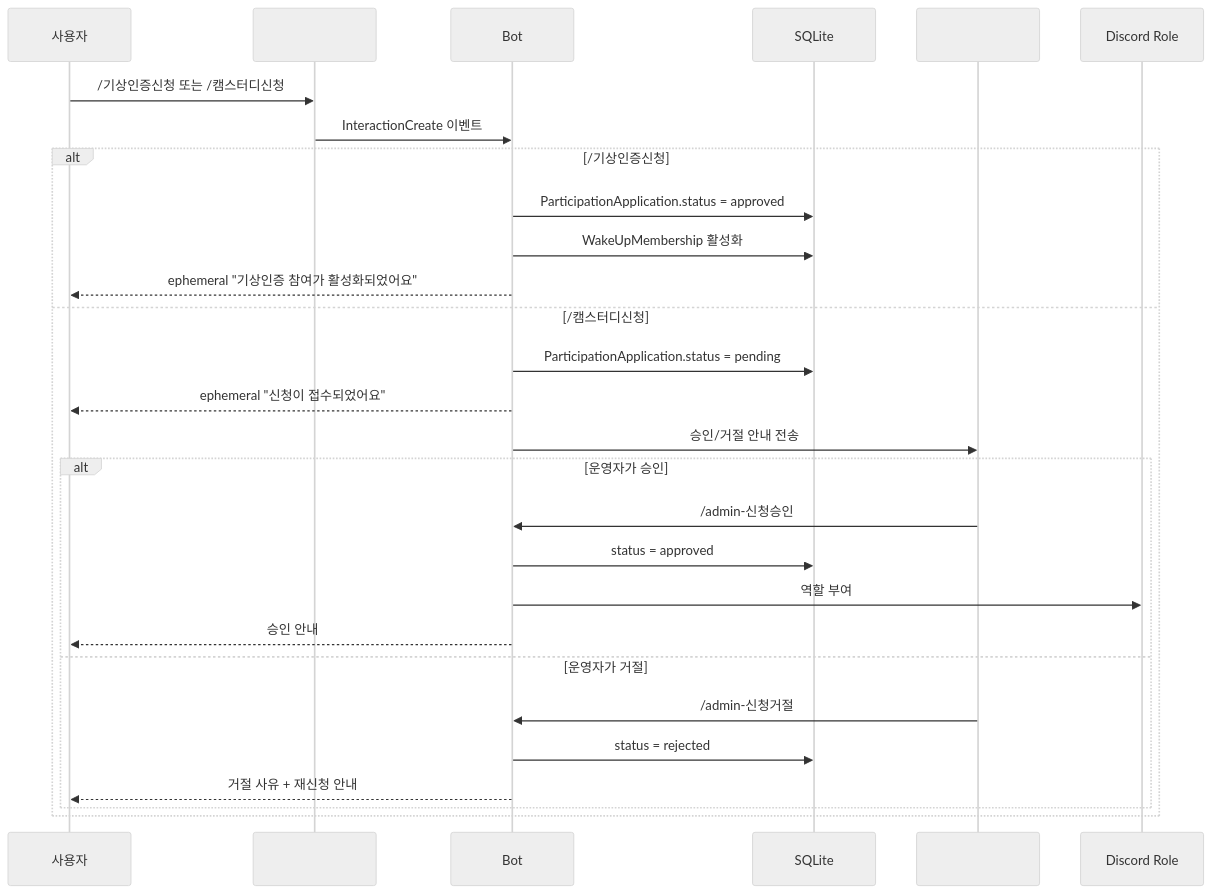
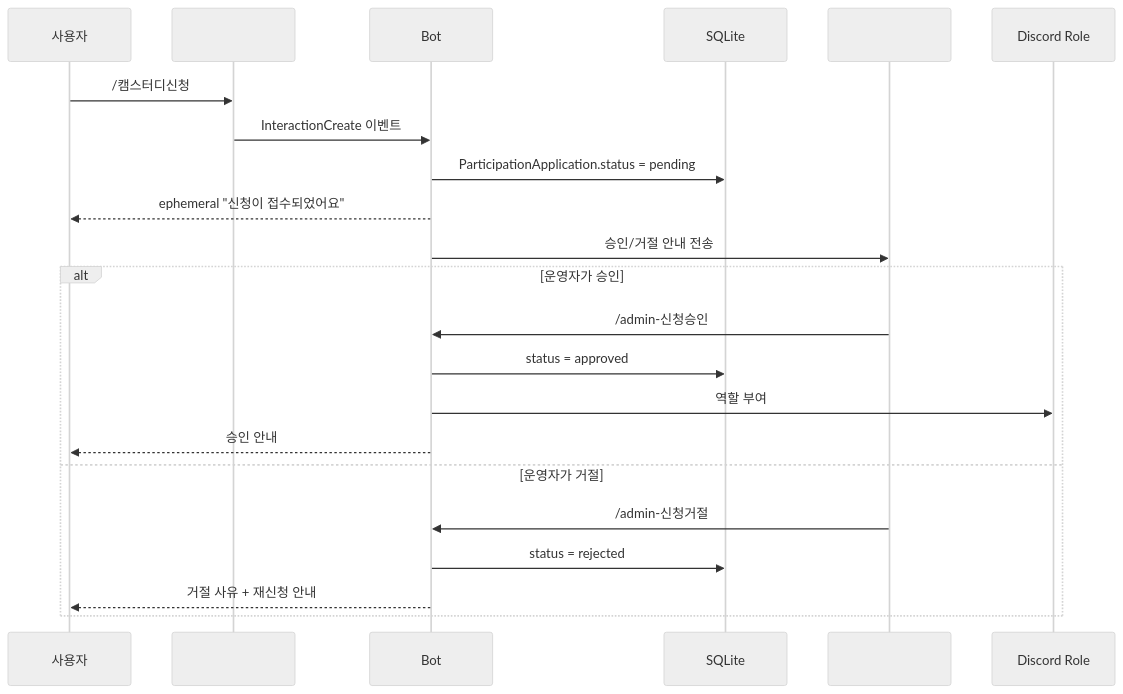
The second of 17 diagrams in docs/USER_STORIES.md (honki12345/haruharu-discord-bot), drawn with Mermaid (neutral theme) before and after one commit. The commit also changed other lines of this file and 15 other files, not shown here.

````diff
--- a/docs/USER_STORIES.md
+++ b/docs/USER_STORIES.md
@@ -55,32 +53,26 @@
 ```mermaid
 sequenceDiagram
     participant U as 사용자
     participant A as #apply
     participant B as Bot
     participant DB as SQLite
     participant O as #ops
     participant D as Discord Role
 
-    U->>A: /기상인증신청 또는 /캠스터디신청
+    U->>A: /캠스터디신청
     A->>B: InteractionCreate 이벤트
-    alt /기상인증신청
-        B->>DB: ParticipationApplication.status = approved
-        B->>DB: WakeUpMembership 활성화
-        B-->>U: ephemeral "기상인증 참여가 활성화되었어요"
-    else /캠스터디신청
-        B->>DB: ParticipationApplication.status = pending
-        B-->>U: ephemeral "신청이 접수되었어요"
-        B->>O: 승인/거절 안내 전송
+    B->>DB: ParticipationApplication.status = pending
+    B-->>U: ephemeral "신청이 접수되었어요"
+    B->>O: 승인/거절 안내 전송
 
-        alt 운영자가 승인
-            O->>B: /admin-신청승인
-            B->>DB: status = approved
-            B->>D: 역할 부여
-            B-->>U: 승인 안내
-        else 운영자가 거절
-            O->>B: /admin-신청거절
-            B->>DB: status = rejected
-            B-->>U: 거절 사유 + 재신청 안내
-        end
+    alt 운영자가 승인
+        O->>B: /admin-신청승인
+        B->>DB: status = approved
+        B->>D: 역할 부여
+        B-->>U: 승인 안내
+    else 운영자가 거절
+        O->>B: /admin-신청거절
+        B->>DB: status = rejected
+        B-->>U: 거절 사유 + 재신청 안내
     end
 ```
````
